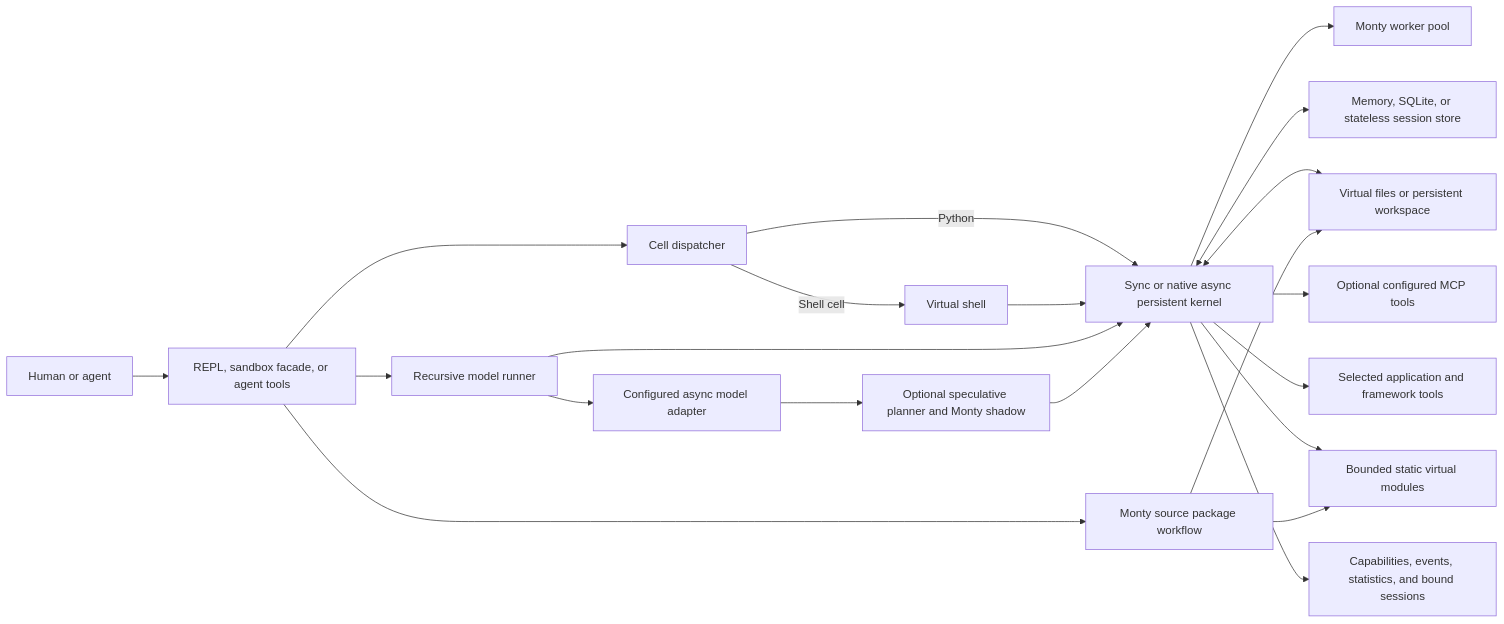
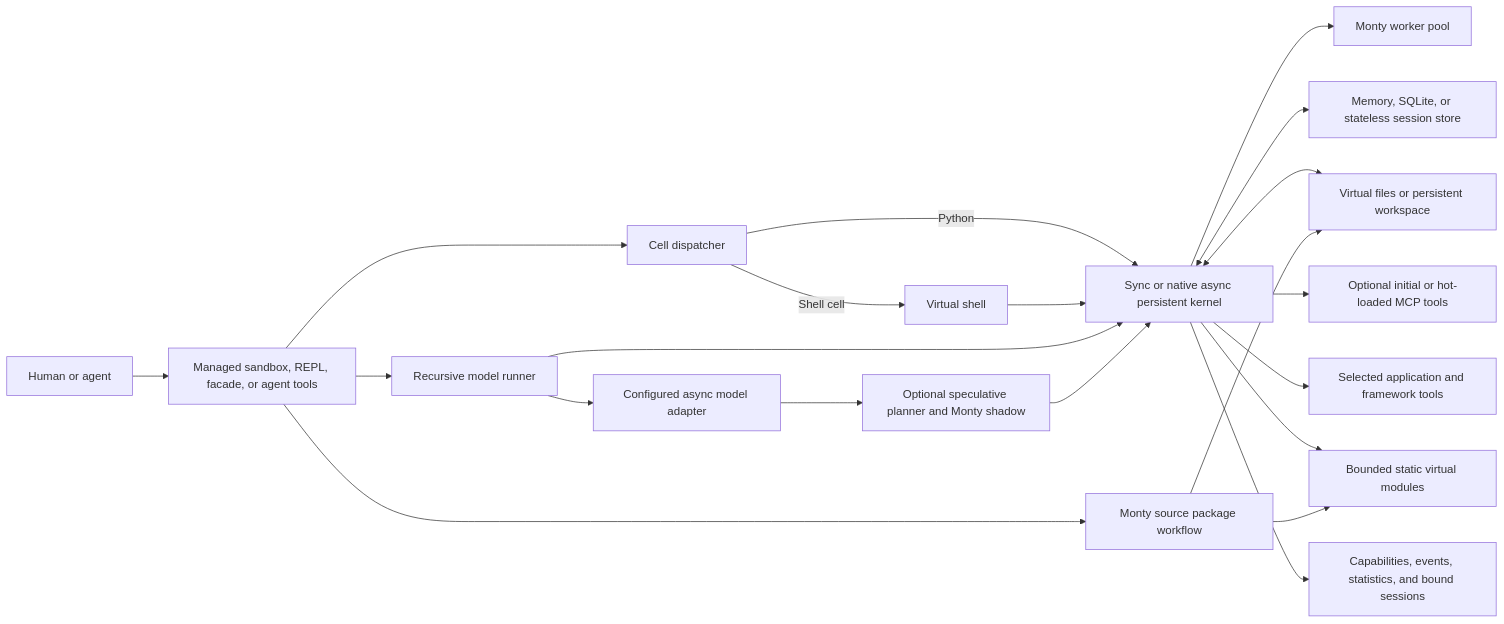
The first of 3 diagrams in README.md (sgaseretto/arenero), drawn with Mermaid before and after one commit. The commit also changed other lines of this file and 18 other files, not shown here.

Commit message:
feat: add managed sandbox and dynamic MCP

````diff
--- a/README.md
+++ b/README.md
@@ -12,23 +12,23 @@
 ```mermaid
 flowchart LR
-    User["Human or agent"] --> Interface["REPL, sandbox facade, or agent tools"]
+    User["Human or agent"] --> Interface["Managed sandbox, REPL, facade, or agent tools"]
     Interface --> Cell["Cell dispatcher"]
     Cell -->|Python| Kernel["Sync or native async persistent kernel"]
     Cell -->|Shell cell| Shell["Virtual shell"]
     Shell --> Kernel
     Kernel --> Worker["Monty worker pool"]
     Kernel <--> Store["Memory, SQLite, or stateless session store"]
     Kernel <--> Files["Virtual files or persistent workspace"]
-    Kernel --> MCP["Optional configured MCP tools"]
+    Kernel --> MCP["Optional initial or hot-loaded MCP tools"]
     Kernel --> Hosted["Selected application and framework tools"]
     Kernel --> Modules["Bounded static virtual modules"]
     Interface --> Packages["Monty source package workflow"]
     Packages --> Modules
     Packages --> Files
     Kernel --> QoL["Capabilities, events, statistics, and bound sessions"]
     Interface --> RLM["Recursive model runner"]
     RLM --> Kernel
     RLM --> Model["Configured async model adapter"]
     Model --> Spec["Optional speculative planner and Monty shadow"]
     Spec --> Kernel
 ```
````
